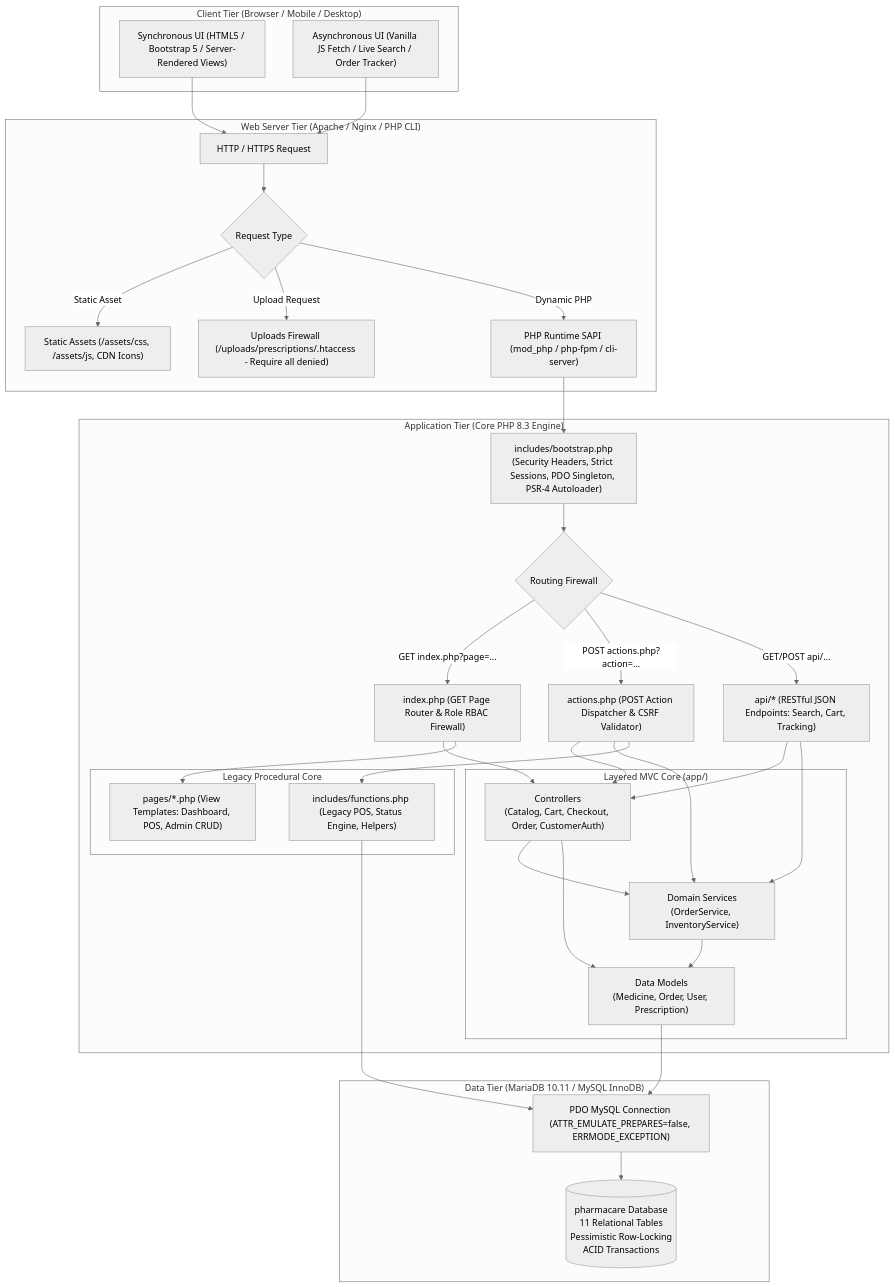
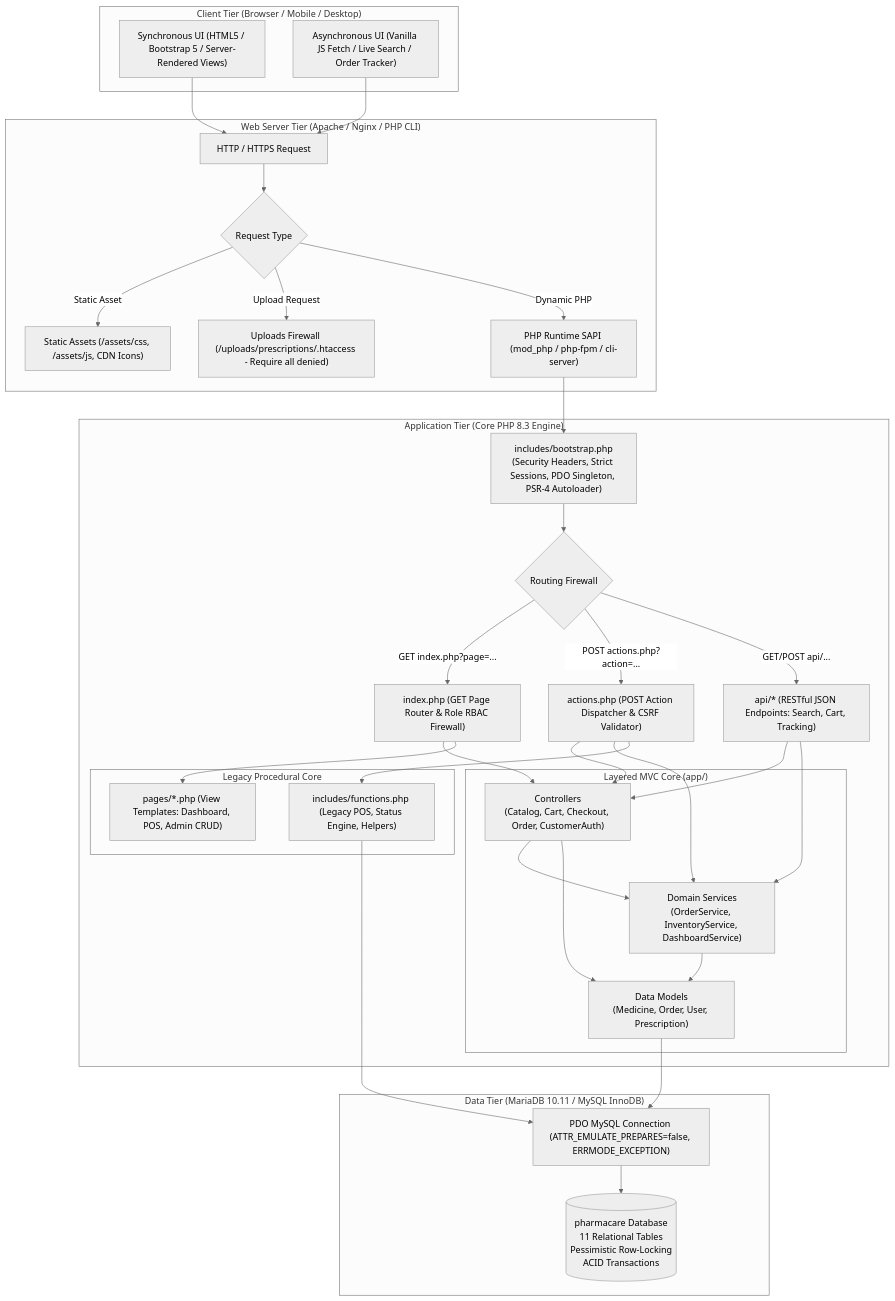
Before and after one commit to mahdi-014/PharmaCare-php: the first of 3 diagrams in docs/ARCHITECTURE.md, drawn with Mermaid (neutral theme). The commit also changed other lines of this file and 9 other files, not shown here.

Commit message:
feat(dashboard): redesign analytics view with unified channel sales, inventory health, and operational alerts

````diff
--- a/docs/ARCHITECTURE.md
+++ b/docs/ARCHITECTURE.md
@@ -19,70 +19,70 @@
 ```mermaid
 flowchart TD
     subgraph Client ["Client Tier (Browser / Mobile / Desktop)"]
         UI_Web["Synchronous UI (HTML5 / Bootstrap 5 / Server-Rendered Views)"]
         UI_JS["Asynchronous UI (Vanilla JS Fetch / Live Search / Order Tracker)"]
     end
 
     subgraph WebServer ["Web Server Tier (Apache / Nginx / PHP CLI)"]
         HTTP_In["HTTP / HTTPS Request"]
         Static_Router{"Request Type"}
         Static_Files["Static Assets (/assets/css, /assets/js, CDN Icons)"]
         Upload_Files["Uploads Firewall (/uploads/prescriptions/.htaccess - Require all denied)"]
         PHP_SAPI["PHP Runtime SAPI (mod_php / php-fpm / cli-server)"]
     end
 
     subgraph AppTier ["Application Tier (Core PHP 8.3 Engine)"]
         Bootstrap["includes/bootstrap.php\n(Security Headers, Strict Sessions, PDO Singleton, PSR-4 Autoloader)"]
         
         Router{"Routing Firewall"}
         FrontController["index.php (GET Page Router & Role RBAC Firewall)"]
         ActionController["actions.php (POST Action Dispatcher & CSRF Validator)"]
         ApiEndpoints["api/* (RESTful JSON Endpoints: Search, Cart, Tracking)"]
 
         subgraph MVC ["Layered MVC Core (app/)"]
             Controllers["Controllers\n(Catalog, Cart, Checkout, Order, CustomerAuth)"]
-            Services["Domain Services\n(OrderService, InventoryService)"]
+            Services["Domain Services\n(OrderService, InventoryService, DashboardService)"]
             Models["Data Models\n(Medicine, Order, User, Prescription)"]
         end
 
         subgraph Legacy ["Legacy Procedural Core"]
             Pages["pages/*.php (View Templates: Dashboard, POS, Admin CRUD)"]
             Functions["includes/functions.php (Legacy POS, Status Engine, Helpers)"]
         end
     end
 
     subgraph DataTier ["Data Tier (MariaDB 10.11 / MySQL InnoDB)"]
         PDO_Conn["PDO MySQL Connection (ATTR_EMULATE_PREPARES=false, ERRMODE_EXCEPTION)"]
         DB_Engine[("pharmacare Database\n11 Relational Tables\nPessimistic Row-Locking\nACID Transactions")]
     end
 
     UI_Web --> HTTP_In
     UI_JS --> HTTP_In
     HTTP_In --> Static_Router
 
     Static_Router -->|"Static Asset"| Static_Files
     Static_Router -->|"Upload Request"| Upload_Files
     Static_Router -->|"Dynamic PHP"| PHP_SAPI
 
     PHP_SAPI --> Bootstrap
     Bootstrap --> Router
 
     Router -->|"GET index.php?page=..."| FrontController
     Router -->|"POST actions.php?action=..."| ActionController
     Router -->|"GET/POST api/..."| ApiEndpoints
 
     FrontController --> Controllers
     FrontController --> Pages
     ActionController --> Controllers
     ActionController --> Services
     ActionController --> Functions
     ApiEndpoints --> Controllers
     ApiEndpoints --> Services
 
     Controllers --> Services
     Controllers --> Models
     Services --> Models
     Models --> PDO_Conn
     Functions --> PDO_Conn
     PDO_Conn --> DB_Engine
 ```
````
